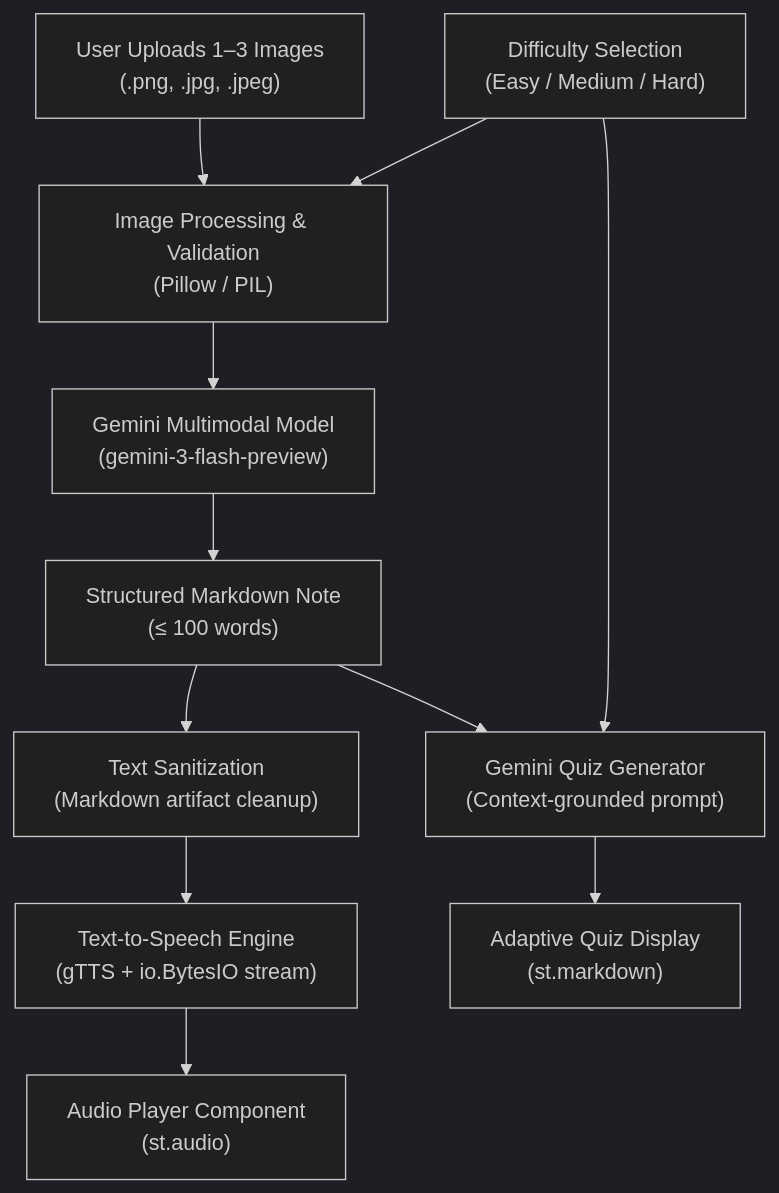
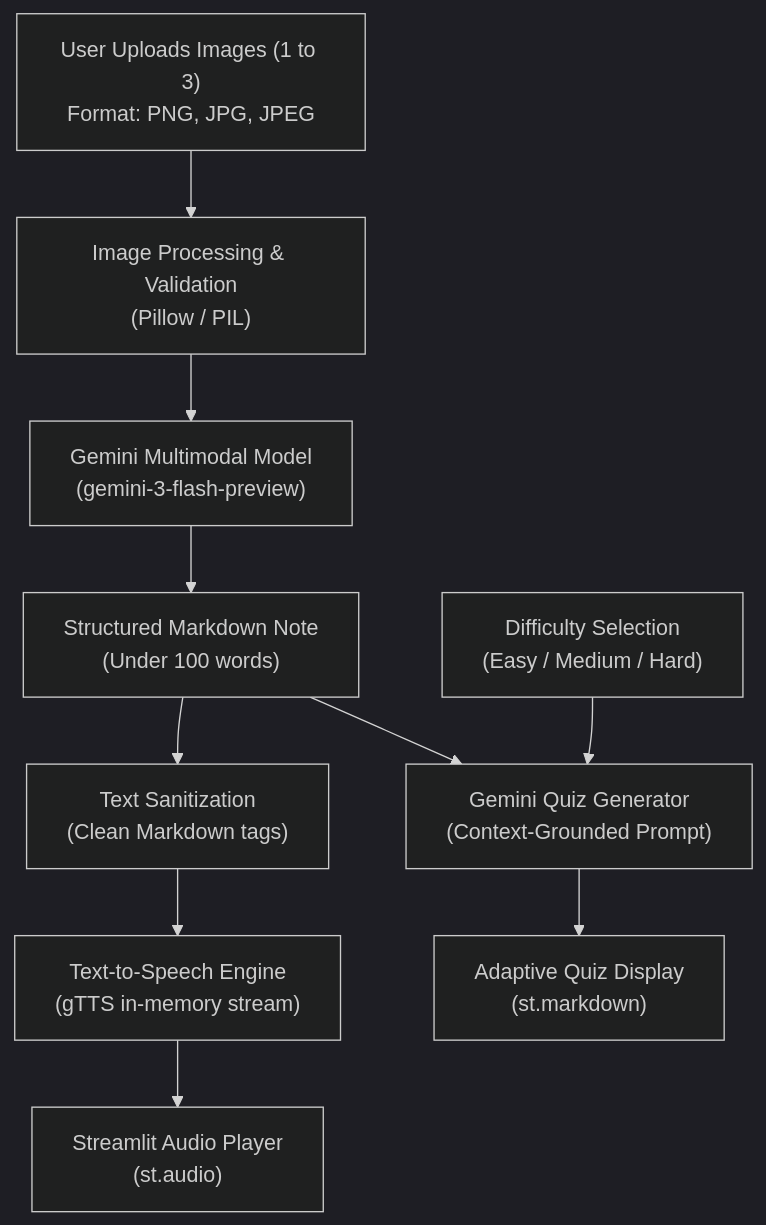
One commit to tanmoykdas/srteamlit_quiz_app_using_gemini changed the diagram in README.md. Above: the diagram before and after it, drawn with Mermaid (dark theme).

Commit message:
udated redme

````diff
--- a/README.md
+++ b/README.md
@@ -42,16 +42,15 @@
 ```mermaid
 flowchart TD
-    A["User Uploads 1–3 Images\n(.png, .jpg, .jpeg)"] --> B["Image Processing & Validation\n(Pillow / PIL)"]
-    C["Difficulty Selection\n(Easy / Medium / Hard)"] --> B
+    A["User Uploads Images (1 to 3)<br/>Format: PNG, JPG, JPEG"] --> B["Image Processing & Validation<br/>(Pillow / PIL)"]
+    C["Difficulty Selection<br/>(Easy / Medium / Hard)"] --> I["Gemini Quiz Generator<br/>(Context-Grounded Prompt)"]
     
-    B --> D["Gemini Multimodal Model\n(gemini-3-flash-preview)"]
+    B --> D["Gemini Multimodal Model<br/>(gemini-3-flash-preview)"]
+    D --> E["Structured Markdown Note<br/>(Under 100 words)"]
     
-    D --> E["Structured Markdown Note\n(≤ 100 words)"]
+    E --> F["Text Sanitization<br/>(Clean Markdown tags)"]
+    F --> G["Text-to-Speech Engine<br/>(gTTS in-memory stream)"]
+    G --> H["Streamlit Audio Player<br/>(st.audio)"]
     
-    E --> F["Text Sanitization\n(Markdown artifact cleanup)"]
-    F --> G["Text-to-Speech Engine\n(gTTS + io.BytesIO stream)"]
-    G --> H["Audio Player Component\n(st.audio)"]
-    
-    E & C --> I["Gemini Quiz Generator\n(Context-grounded prompt)"]
-    I --> J["Adaptive Quiz Display\n(st.markdown)"]
+    E --> I
+    I --> J["Adaptive Quiz Display<br/>(st.markdown)"]
 ```
````
